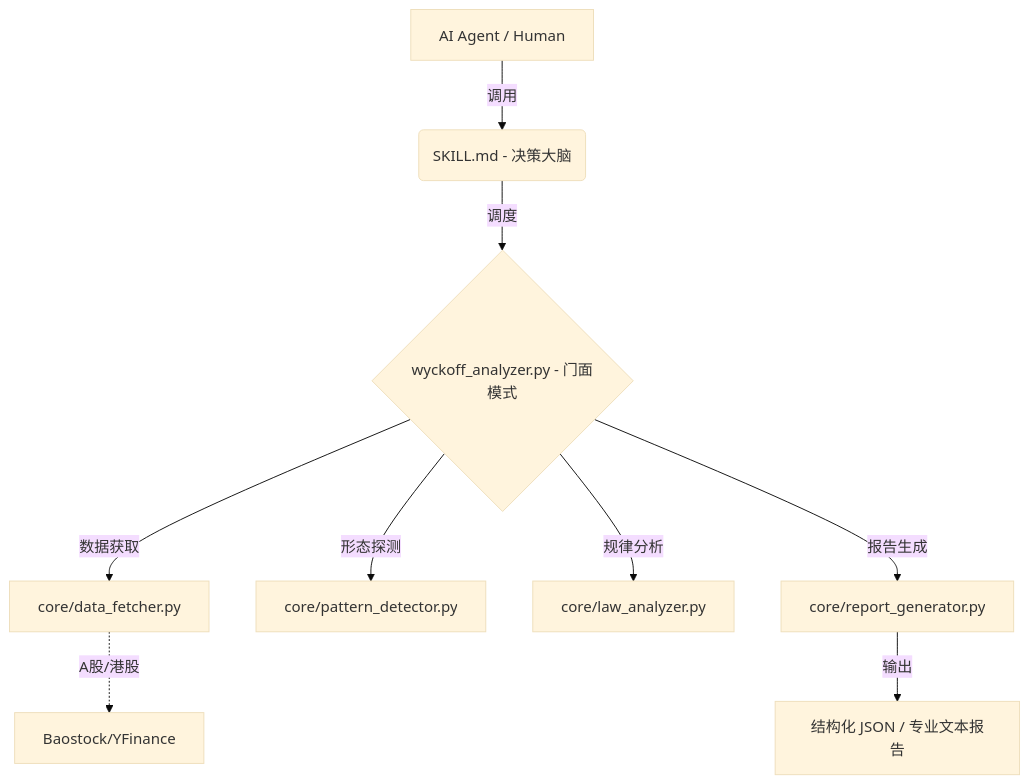
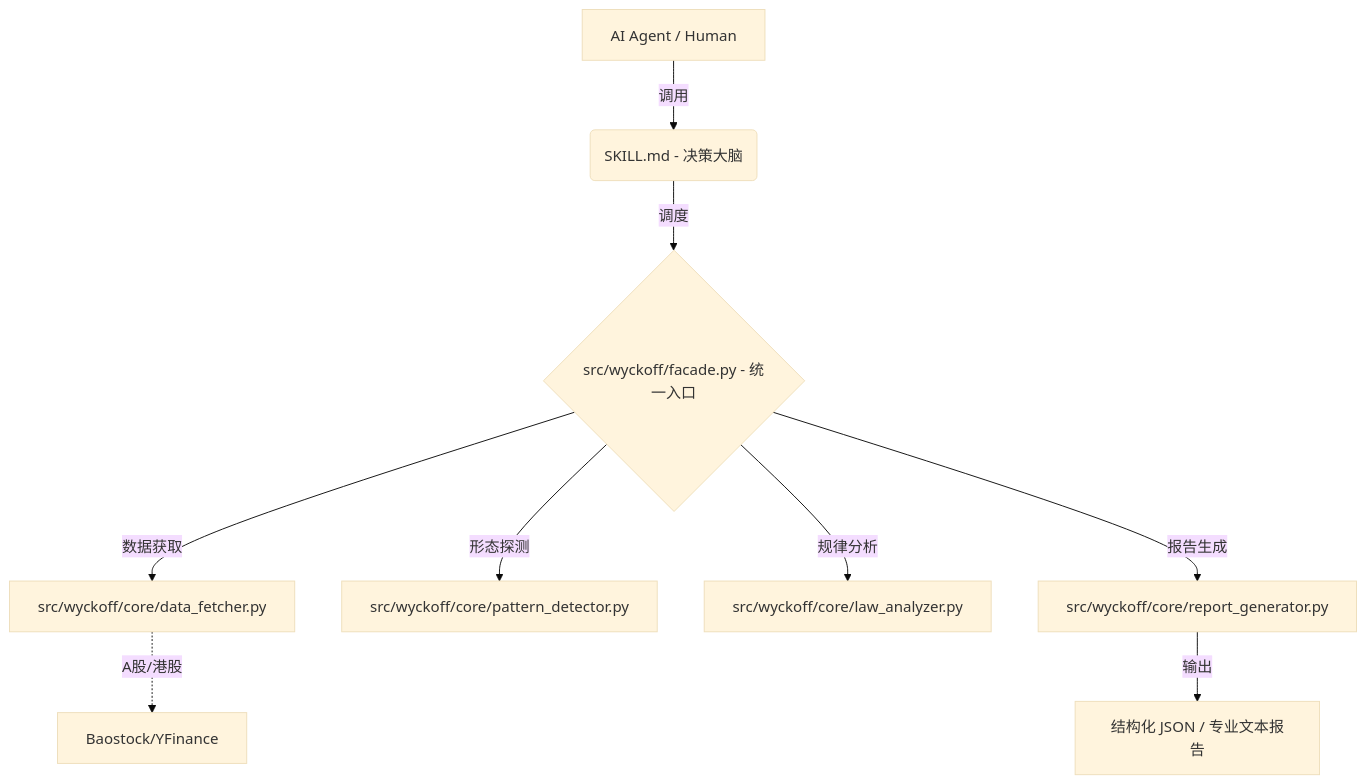
Before and after one commit to Geekwls/wyckoff-stock-analysis: the diagram in README.md, drawn with Mermaid (base theme). The commit also changed other lines of this file and 1 other file, not shown here.

Commit message:
docs: 修复文档中的路径不一致问题
修复内容:
1. README.md 架构图
   - wyckoff_analyzer.py → src/wyckoff/facade.py
   - 更新 Mermaid 图中的所有路径引用
   - 确保与项目导航部分一致

2. README.md 核心特性表
   - mcp_server.py → apps/mcp/server.py
   - 更新 MCP 服务器实际路径

3. SKILL.md (重大更新)
   - 移除所有 tools/wyckoff_analyzer.py 引用
   - 更新为 python -m apps.cli.main
   - 更新为 src.wyckoff 库层导入
   - 新增 Python Library 使用示例
   - 新增 MCP Server 配置示例

问题解决:
- ✅ 架构图与实际文件路径一致
- ✅ README 内部不再自相矛盾
- ✅ SKILL.md 可直接运行，不会导致"按说明操作失败"
- ✅ 所有文档引用指向正确的分层架构路径

影响:
- 用户按文档操作可以成功运行
- 文档与 src/wyckoff/ + apps/ 分层架构完全一致
- 消除了新旧路径混用导致的混淆

````diff
--- a/README.md
+++ b/README.md
@@ -18,11 +18,11 @@
 ```mermaid
 graph TD
     A[AI Agent / Human] -->|调用| B(SKILL.md - 决策大脑)
-    B -->|调度| C{wyckoff_analyzer.py - 门面模式}
-    C -->|数据获取| D[core/data_fetcher.py]
-    C -->|形态探测| E[core/pattern_detector.py]
-    C -->|规律分析| F[core/law_analyzer.py]
-    C -->|报告生成| G[core/report_generator.py]
+    B -->|调度| C{src/wyckoff/facade.py - 统一入口}
+    C -->|数据获取| D[src/wyckoff/core/data_fetcher.py]
+    C -->|形态探测| E[src/wyckoff/core/pattern_detector.py]
+    C -->|规律分析| F[src/wyckoff/core/law_analyzer.py]
+    C -->|报告生成| G[src/wyckoff/core/report_generator.py]
     D -.->|A股/港股| H[Baostock/YFinance]
     G -->|输出| I[结构化 JSON / 专业文本报告]
 ```
````
